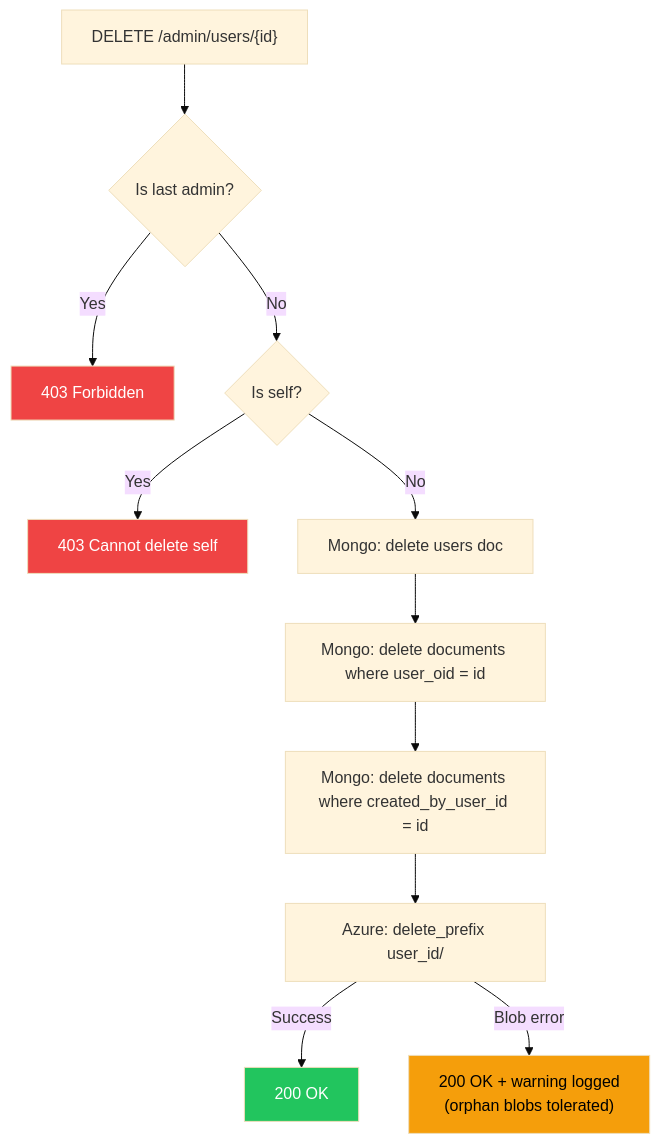
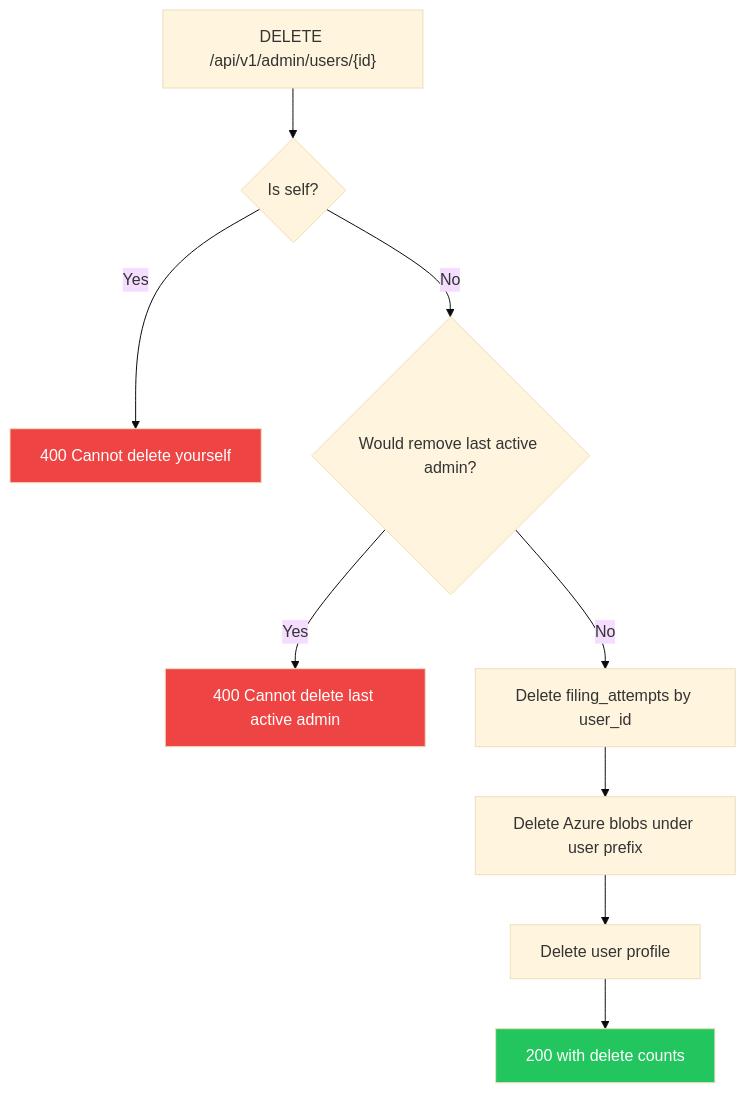
Before and after one commit to AmeDal/itr-filing-app: the sixth of 6 diagrams in docs/auth.md, drawn with Mermaid (base theme). The commit also changed other lines of this file and 19 other files, not shown here.

First line of the commit message:
docs: sync AI context with current app architecture

````diff
--- a/docs/auth.md
+++ b/docs/auth.md
@@ -369,18 +368,15 @@
 ```mermaid
 flowchart TD
-    A["DELETE /admin/users/{id}"] --> B{"Is last admin?"}
-    B -->|"Yes"| C["403 Forbidden"]
-    B -->|"No"| D{"Is self?"}
-    D -->|"Yes"| E["403 Cannot delete self"]
-    D -->|"No"| F["Mongo: delete users doc"]
-    F --> G["Mongo: delete documents where user_oid = id"]
-    G --> H["Mongo: delete documents where created_by_user_id = id"]
-    H --> I["Azure: delete_prefix user_id/"]
-    I -->|"Success"| J["200 OK"]
-    I -->|"Blob error"| K["200 OK + warning logged<br/>(orphan blobs tolerated)"]
+    A["DELETE /api/v1/admin/users/{id}"] --> B{"Is self?"}
+    B -->|"Yes"| C["400 Cannot delete yourself"]
+    B -->|"No"| D{"Would remove last active admin?"}
+    D -->|"Yes"| E["400 Cannot delete last active admin"]
+    D -->|"No"| F["Delete filing_attempts by user_id"]
+    F --> G["Delete Azure blobs under user prefix"]
+    G --> H["Delete user profile"]
+    H --> I["200 with delete counts"]
 
     style C fill:#ef4444,color:#fff
     style E fill:#ef4444,color:#fff
-    style J fill:#22c55e,color:#fff
-    style K fill:#f59e0b,color:#000
+    style I fill:#22c55e,color:#fff
 ```
````
